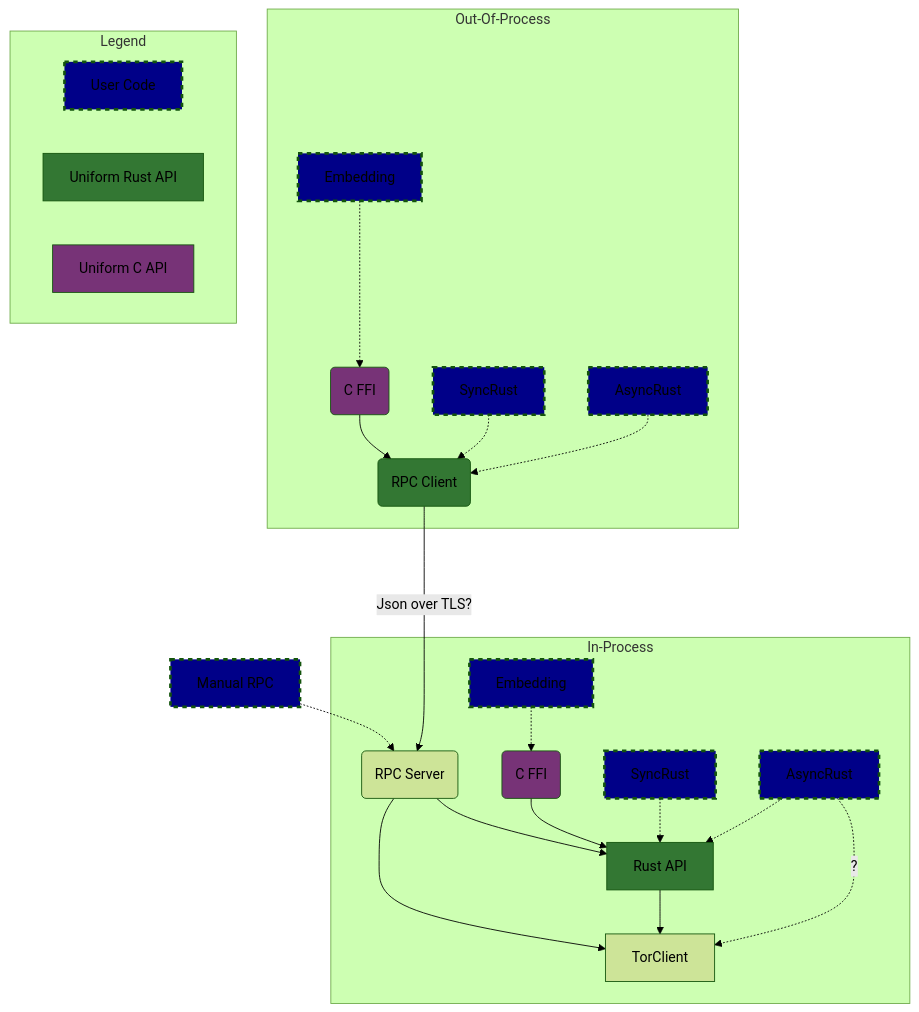
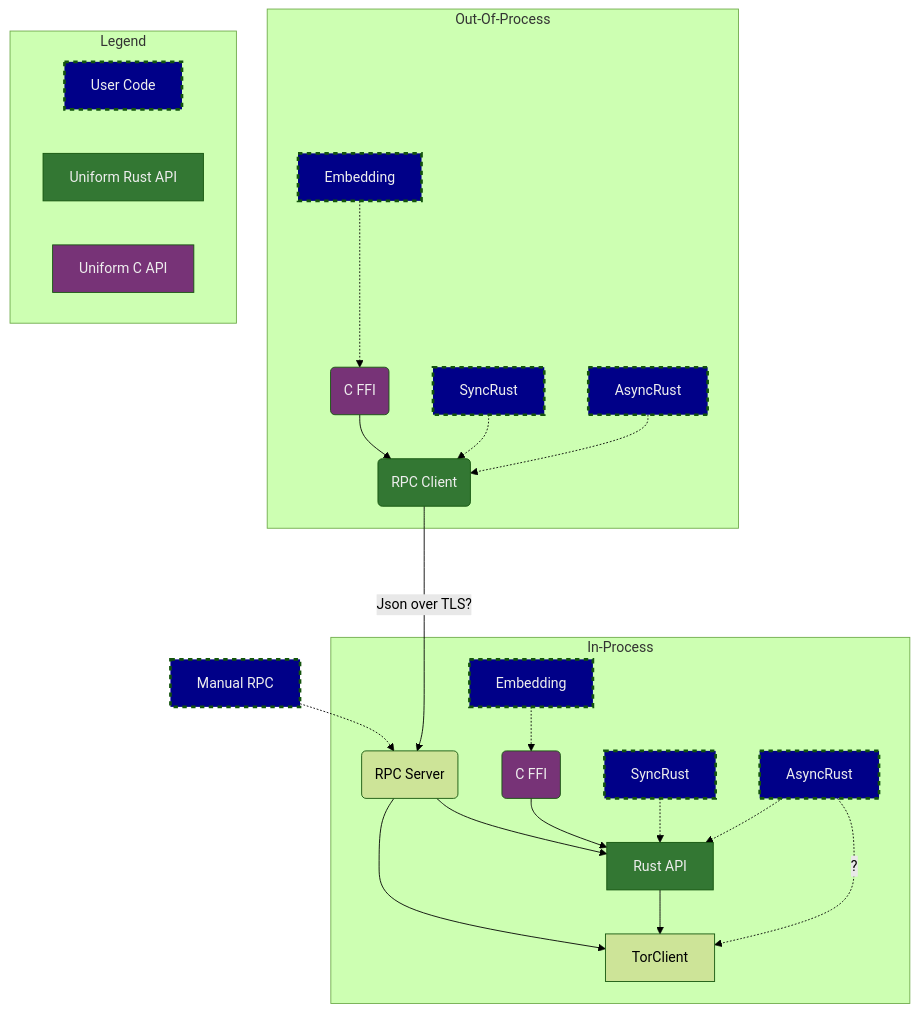
The diagram in doc/dev/notes/ffi_and_rpc_sketch.md (s7g4/arti-hs-keymgmt), drawn with Mermaid (forest theme) before and after one commit.

Commit message:
ffi_rpc_sketch: tweak colors.

````diff
--- a/doc/dev/notes/ffi_and_rpc_sketch.md
+++ b/doc/dev/notes/ffi_and_rpc_sketch.md
@@ -34,55 +34,55 @@
 ```mermaid
    graph TD
 
-   classDef UserCode fill:#008,stroke-width:3px,stroke-dasharray: 5 5;
-   classDef API1 fill:#373;
-   classDef API2 fill:#737;
+   classDef UserCode fill:#008,color:#eee,stroke-width:3px,stroke-dasharray: 5 5;
+   classDef API1 fill:#373,color:#eee;
+   classDef API2 fill:#737,color:#eee;
 
    subgraph In-Process
      RPCServer(RPC Server)
      C_FFI(C FFI)
      Facade[Rust API]
 
      RPCServer --> Facade & TorClient
      C_FFI --> Facade
      Facade --> TorClient
 
      SyncRust:::UserCode -.-> Facade 
      AsyncRust:::UserCode -.-> Facade;
      AsyncRust -.->|?| TorClient;
 
      Embedding:::UserCode -.-> C_FFI
    end
 
    ManualRPC[Manual RPC]
    ManualRPC:::UserCode -.-> RPCServer;
 
    subgraph Out-Of-Process
       RPCClient(RPC Client)
       RPC_FFI(C FFI)
 
       RPCClient ----> |Json over TLS?| RPCServer
       RPC_FFI --> RPCClient
       Embedding2[Embedding]
       SyncRust2[SyncRust]
       AsyncRust2[AsyncRust]
       Embedding2:::UserCode -.-> RPC_FFI
       SyncRust2:::UserCode -.-> RPCClient
       AsyncRust2:::UserCode -.-> RPCClient 
    end
 
    class Facade API1;
    class RPCClient API1;
    class C_FFI API2;
    class RPC_FFI API2;
 
    subgraph Legend
       direction LR
       UserCode[User Code]
       API1[Uniform Rust API]
       API2[Uniform C API]
       UserCode:::UserCode;
       API1:::API1;
       API2:::API2;
    end
 ```
````
